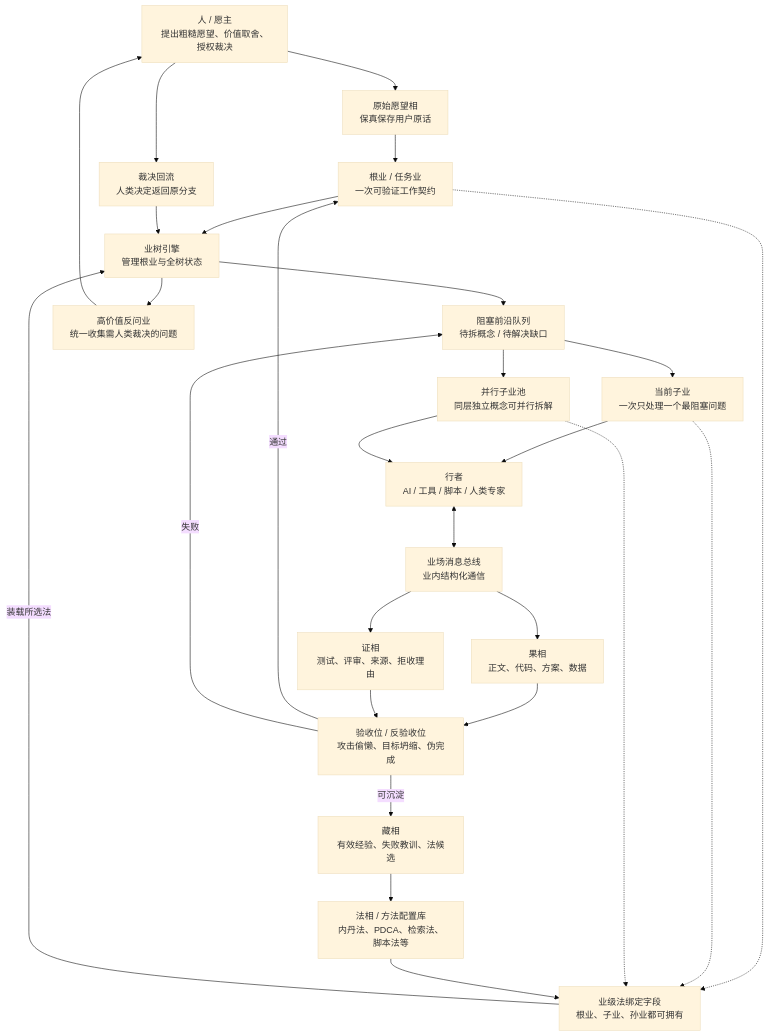
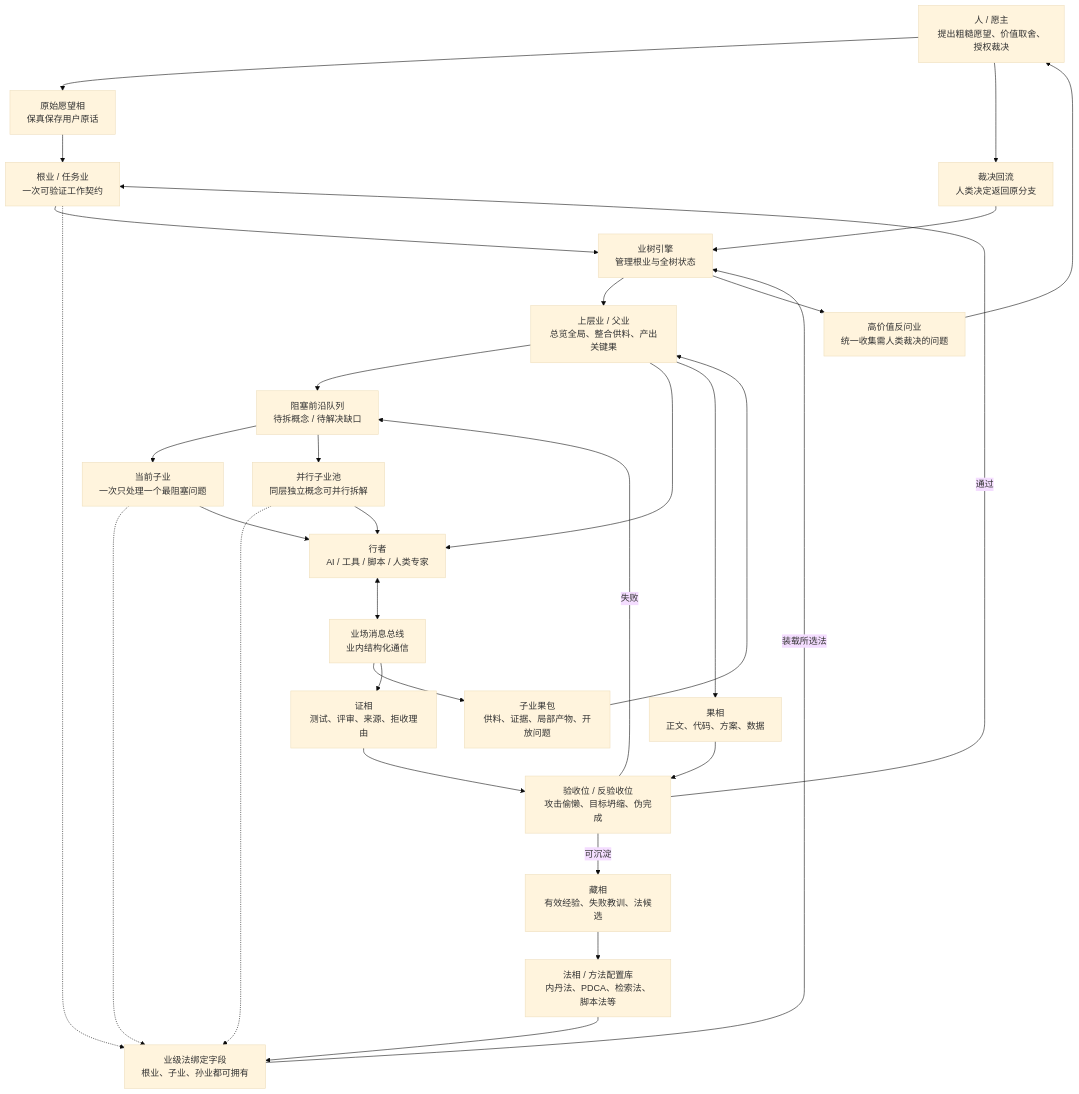
Before and after one commit to tiachuaxiyashua/jingu: the first of 3 diagrams in truth/临时讨论-相业架构业引擎图文说明.md, drawn with Mermaid (base theme). The commit also changed other lines of this file, not shown here.

````diff
--- a/truth/临时讨论-相业架构业引擎图文说明.md
+++ b/truth/临时讨论-相业架构业引擎图文说明.md
@@ -27,46 +28,52 @@
 ```mermaid
 flowchart TD
     H[人 / 愿主<br/>提出粗糙愿望、价值取舍、授权裁决]
 
     W[原始愿望相<br/>保真保存用户原话]
     Y[根业 / 任务业<br/>一次可验证工作契约]
     P[业级法绑定字段<br/>根业、子业、孙业都可拥有]
     M[法相 / 方法配置库<br/>内丹法、PDCA、检索法、脚本法等]
     E[业树引擎<br/>管理根业与全树状态]
+    UY[上层业 / 父业<br/>总览全局、整合供料、产出关键果]
     FQ[阻塞前沿队列<br/>待拆概念 / 待解决缺口]
     HV[高价值反问业<br/>统一收集需人类裁决的问题]
     HR[裁决回流<br/>人类决定返回原分支]
 
     CY[当前子业<br/>一次只处理一个最阻塞问题]
     CP[并行子业池<br/>同层独立概念可并行拆解]
+    SUP[子业果包<br/>供料、证据、局部产物、开放问题]
     XZ[行者<br/>AI / 工具 / 脚本 / 人类专家]
     FIELD[业场消息总线<br/>业内结构化通信]
     ART[果相<br/>正文、代码、方案、数据]
     EV[证相<br/>测试、评审、来源、拒收理由]
     V[验收位 / 反验收位<br/>攻击偷懒、目标坍缩、伪完成]
     CANG[藏相<br/>有效经验、失败教训、法候选]
 
     H --> W --> Y
     Y --> E
     Y -.-> P
     CY -.-> P
     CP -.-> P
     M --> P
     P -->|装载所选法| E
-    E --> FQ
+    E --> UY
+    UY --> FQ
     FQ --> CY
     FQ --> CP
+    UY --> XZ
     CY --> XZ
     CP --> XZ
     XZ <--> FIELD
-    FIELD --> ART
+    FIELD --> SUP
     FIELD --> EV
+    SUP --> UY
+    UY --> ART
     ART --> V
     EV --> V
     V -->|通过| Y
     V -->|失败| FQ
     E --> HV --> H
     H --> HR --> E
     V -->|可沉淀| CANG
     CANG --> M
 ```
````
